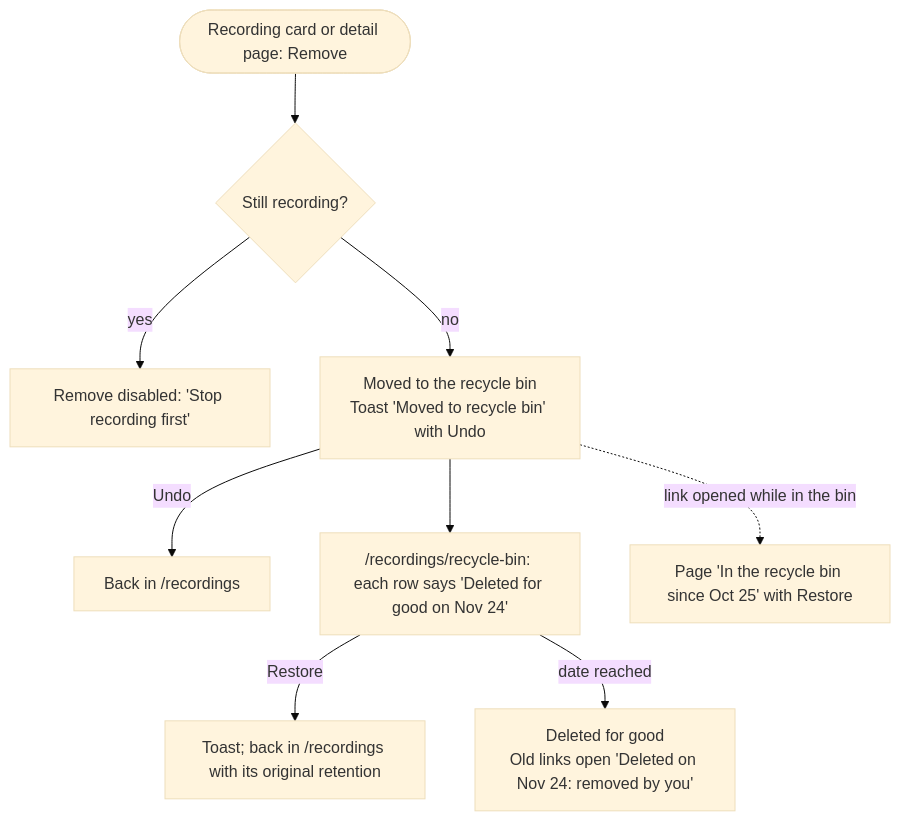
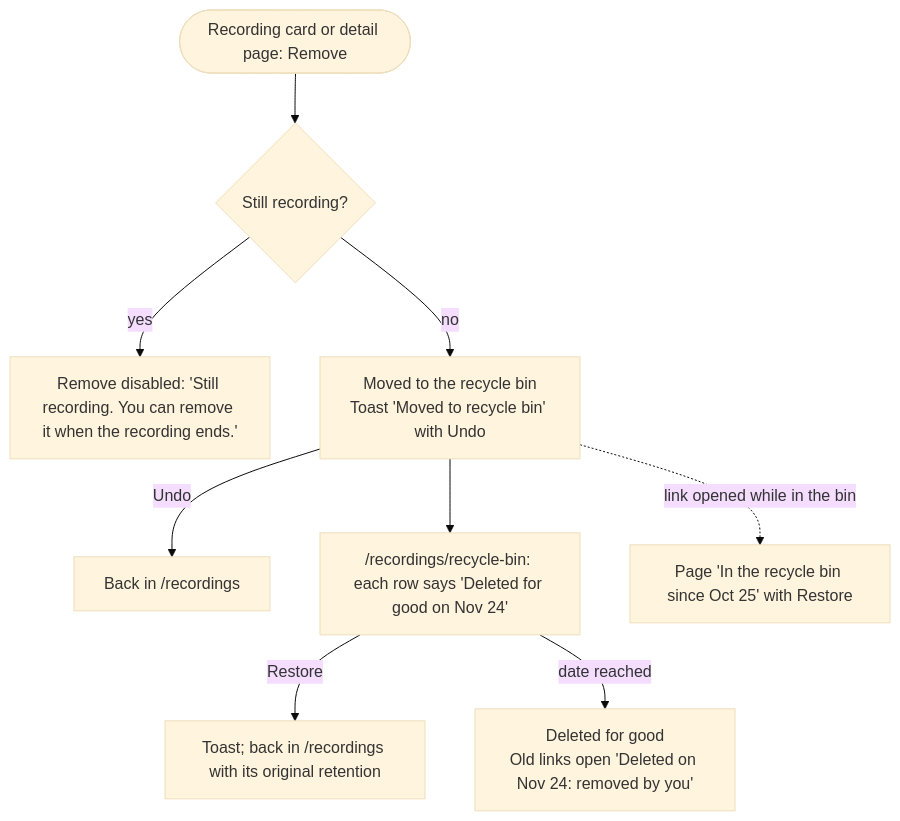
One commit to binhld98/AutoRecordLive changed the third of 8 diagrams in docs/user-flows.md. Above: the diagram before and after it, drawn with Mermaid (base theme). The commit also changed other lines of this file and 5 other files, not shown here.

Commit message:
docs: re-study reference dashboard and hosts flows (#7)

````diff
--- a/docs/user-flows.md
+++ b/docs/user-flows.md
@@ -203,11 +118,11 @@
 ```mermaid
 flowchart TD
   card(["Recording card or detail page: Remove"]) --> state{"Still recording?"}
-  state -- yes --> disabled["Remove disabled: 'Stop recording first'"]
+  state -- yes --> disabled["Remove disabled: 'Still recording. You can remove it when the recording ends.'"]
   state -- no --> moved["Moved to the recycle bin<br/>Toast 'Moved to recycle bin' with Undo"]
   moved -- Undo --> back["Back in /recordings"]
   moved --> binlist["/recordings/recycle-bin: each row says 'Deleted for good on Nov 24'"]
   binlist -- Restore --> restored["Toast; back in /recordings with its original retention"]
   binlist -- "date reached" --> gone["Deleted for good<br/>Old links open 'Deleted on Nov 24: removed by you'"]
   moved -. "link opened while in the bin" .-> inbin["Page 'In the recycle bin since Oct 25' with Restore"]
 ```
````
